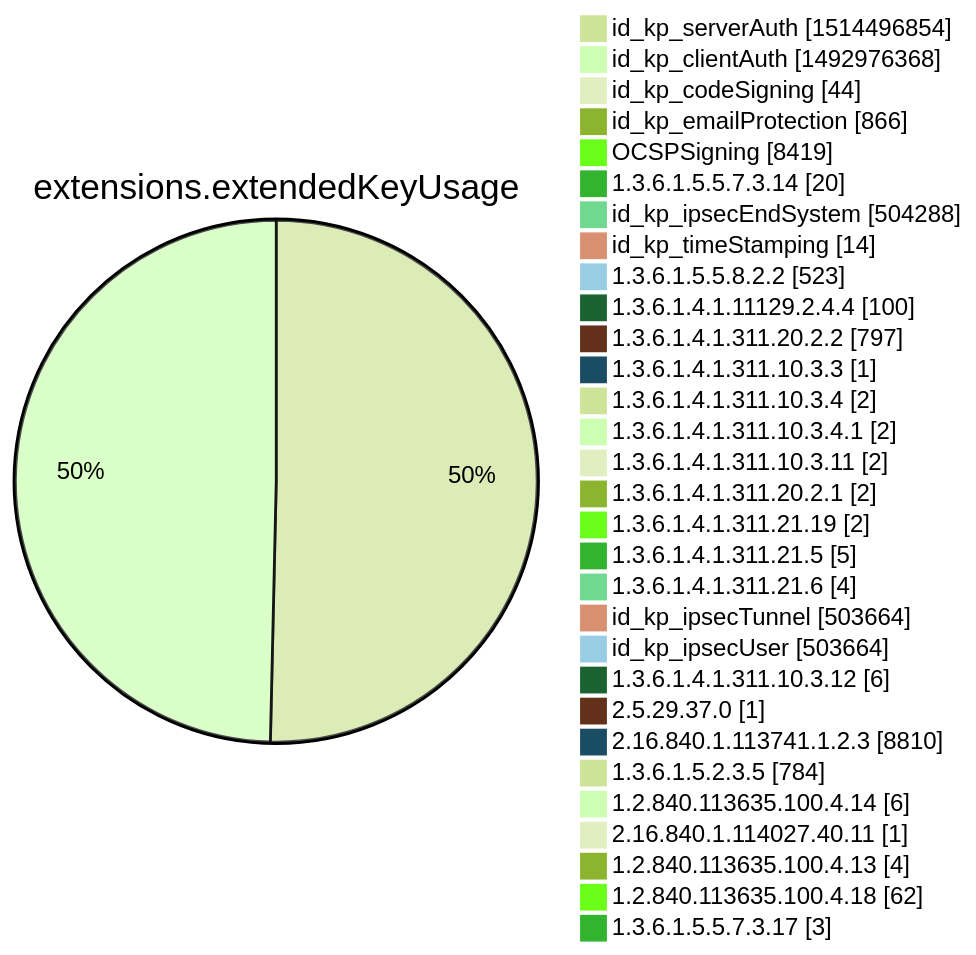
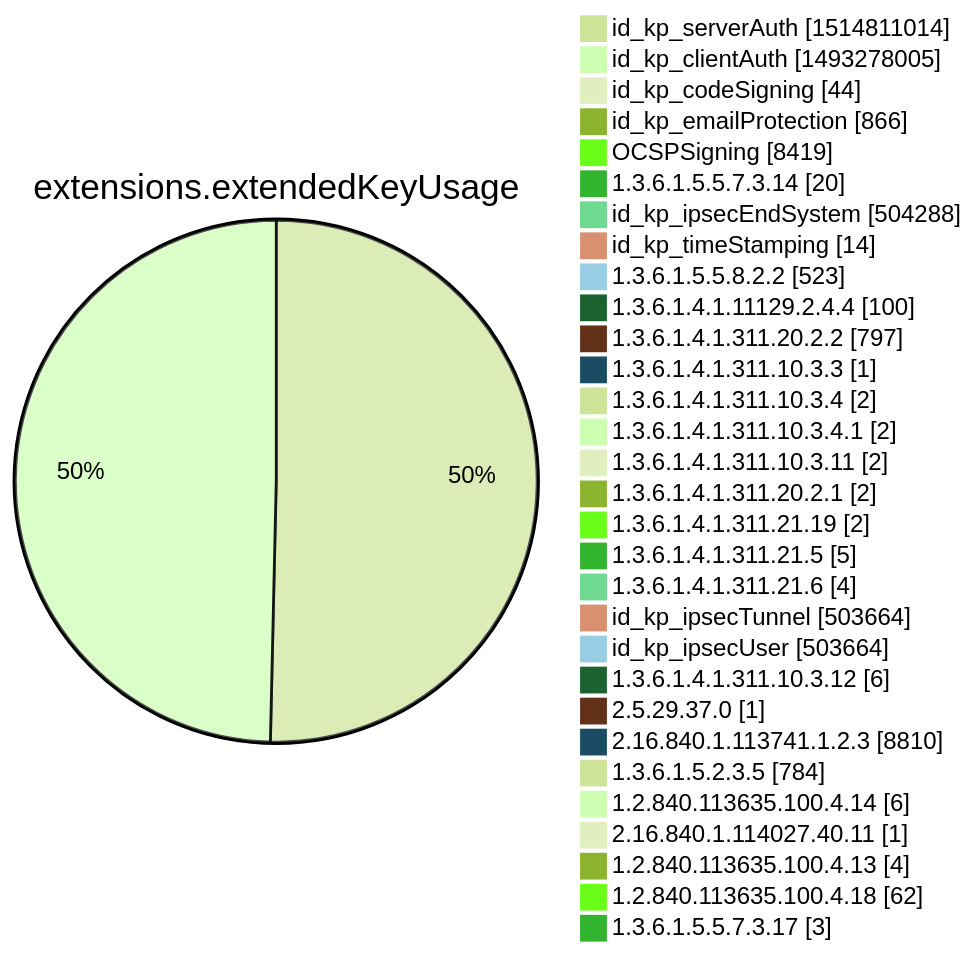
One commit to christiankrug/ctmonitor_visualization changed diagram 12 of 15 in argon2022/README.md. Above: the diagram before and after it, drawn with Mermaid (forest theme). The commit also changed other lines of this file, not shown here.

````diff
--- a/argon2022/README.md
+++ b/argon2022/README.md
@@ -3555,34 +3555,34 @@
 ```mermaid
 pie showData
 title extensions.extendedKeyUsage
-"id_kp_serverAuth" :1514496854
-"id_kp_clientAuth" :1492976368
+"id_kp_serverAuth" :1514811014
+"id_kp_clientAuth" :1493278005
 "id_kp_codeSigning" :44
 "id_kp_emailProtection" :866
 "OCSPSigning" :8419
 "1.3.6.1.5.5.7.3.14" :20
 "id_kp_ipsecEndSystem" :504288
 "id_kp_timeStamping" :14
 "1.3.6.1.5.5.8.2.2" :523
 "1.3.6.1.4.1.11129.2.4.4" :100
 "1.3.6.1.4.1.311.20.2.2" :797
 "1.3.6.1.4.1.311.10.3.3" :1
 "1.3.6.1.4.1.311.10.3.4" :2
 "1.3.6.1.4.1.311.10.3.4.1" :2
 "1.3.6.1.4.1.311.10.3.11" :2
 "1.3.6.1.4.1.311.20.2.1" :2
 "1.3.6.1.4.1.311.21.19" :2
 "1.3.6.1.4.1.311.21.5" :5
 "1.3.6.1.4.1.311.21.6" :4
 "id_kp_ipsecTunnel" :503664
 "id_kp_ipsecUser" :503664
 "1.3.6.1.4.1.311.10.3.12" :6
 "2.5.29.37.0" :1
 "2.16.840.1.113741.1.2.3" :8810
 "1.3.6.1.5.2.3.5" :784
 "1.2.840.113635.100.4.14" :6
 "2.16.840.1.114027.40.11" :1
 "1.2.840.113635.100.4.13" :4
 "1.2.840.113635.100.4.18" :62
 "1.3.6.1.5.5.7.3.17" :3
 ```
````
